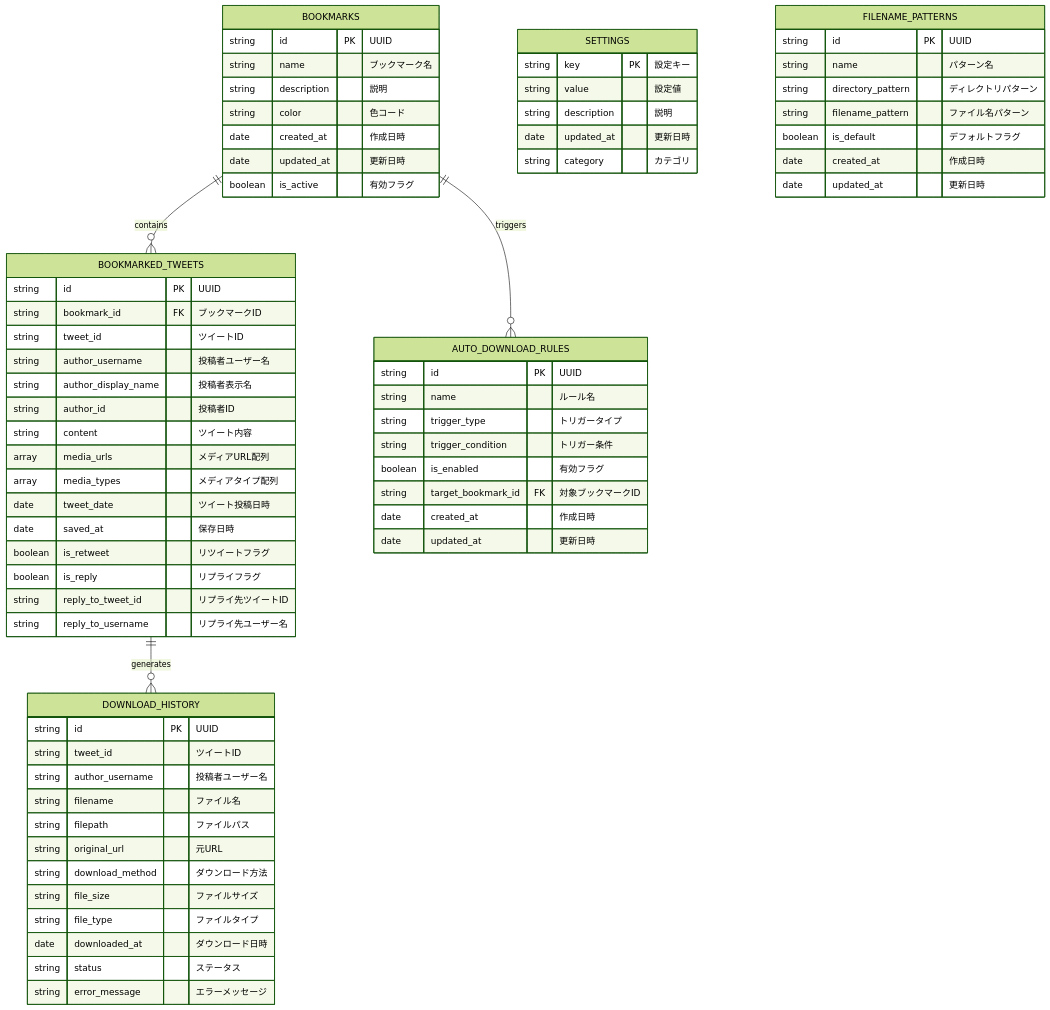
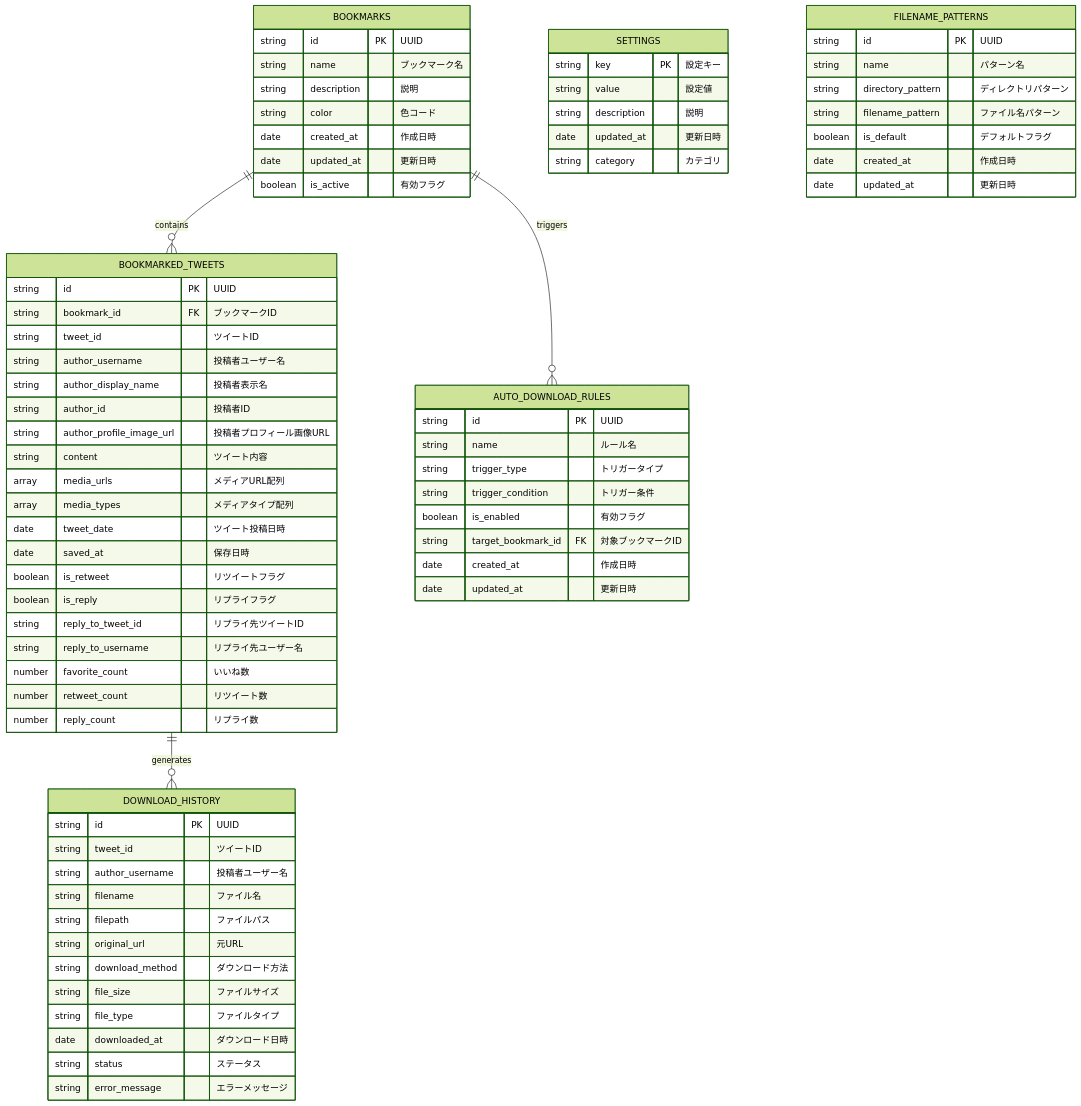
The first of 2 diagrams in docs/er-diagram.md (Hutaba-Makura/Comiketter), drawn with Mermaid (forest theme) before and after one commit. The commit also changed other lines of this file and 6 other files, not shown here.

````diff
--- a/docs/er-diagram.md
+++ b/docs/er-diagram.md
@@ -5,78 +5,82 @@
 ```mermaid
 erDiagram
     BOOKMARKS {
         string id PK "UUID"
         string name "ブックマーク名"
         string description "説明"
         string color "色コード"
         date created_at "作成日時"
         date updated_at "更新日時"
         boolean is_active "有効フラグ"
     }
     
     BOOKMARKED_TWEETS {
         string id PK "UUID"
         string bookmark_id FK "ブックマークID"
         string tweet_id "ツイートID"
         string author_username "投稿者ユーザー名"
         string author_display_name "投稿者表示名"
         string author_id "投稿者ID"
+        string author_profile_image_url "投稿者プロフィール画像URL"
         string content "ツイート内容"
         array media_urls "メディアURL配列"
         array media_types "メディアタイプ配列"
         date tweet_date "ツイート投稿日時"
         date saved_at "保存日時"
         boolean is_retweet "リツイートフラグ"
         boolean is_reply "リプライフラグ"
         string reply_to_tweet_id "リプライ先ツイートID"
         string reply_to_username "リプライ先ユーザー名"
+        number favorite_count "いいね数"
+        number retweet_count "リツイート数"
+        number reply_count "リプライ数"
     }
     
     DOWNLOAD_HISTORY {
         string id PK "UUID"
         string tweet_id "ツイートID"
         string author_username "投稿者ユーザー名"
         string filename "ファイル名"
         string filepath "ファイルパス"
         string original_url "元URL"
         string download_method "ダウンロード方法"
         string file_size "ファイルサイズ"
         string file_type "ファイルタイプ"
         date downloaded_at "ダウンロード日時"
         string status "ステータス"
         string error_message "エラーメッセージ"
     }
     
     SETTINGS {
         string key PK "設定キー"
         string value "設定値"
         string description "説明"
         date updated_at "更新日時"
         string category "カテゴリ"
     }
     
     FILENAME_PATTERNS {
         string id PK "UUID"
         string name "パターン名"
         string directory_pattern "ディレクトリパターン"
         string filename_pattern "ファイル名パターン"
         boolean is_default "デフォルトフラグ"
         date created_at "作成日時"
         date updated_at "更新日時"
     }
     
     AUTO_DOWNLOAD_RULES {
         string id PK "UUID"
         string name "ルール名"
         string trigger_type "トリガータイプ"
         string trigger_condition "トリガー条件"
         boolean is_enabled "有効フラグ"
         string target_bookmark_id FK "対象ブックマークID"
         date created_at "作成日時"
         date updated_at "更新日時"
     }
     
     BOOKMARKS ||--o{ BOOKMARKED_TWEETS : "contains"
     BOOKMARKS ||--o{ AUTO_DOWNLOAD_RULES : "triggers"
     BOOKMARKED_TWEETS ||--o{ DOWNLOAD_HISTORY : "generates"
 ```
````
